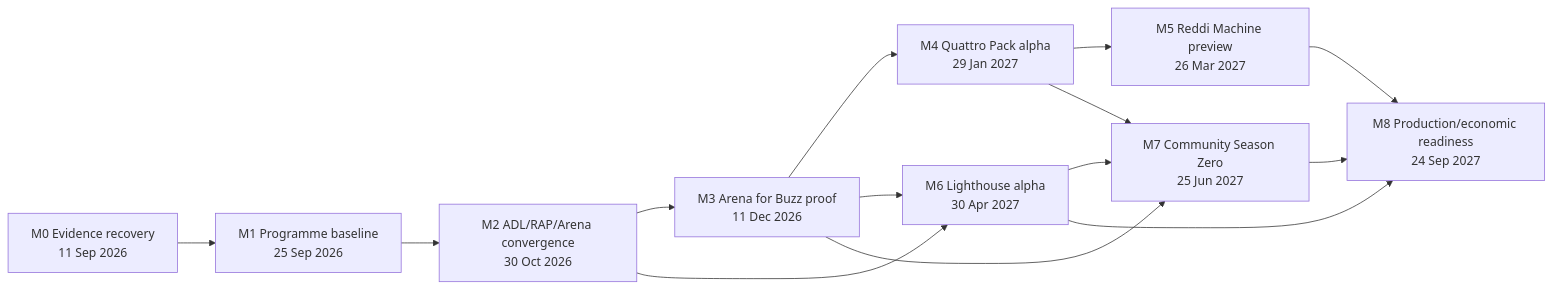
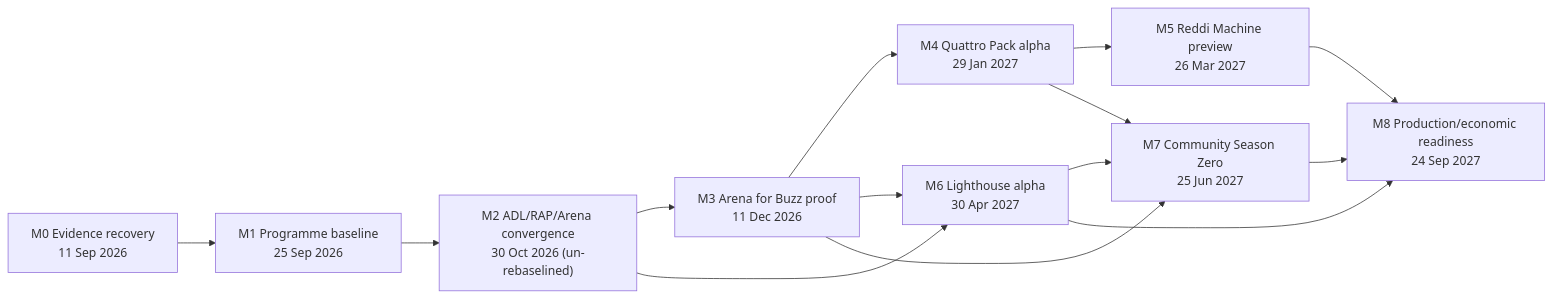
Before and after one commit to nissan/reddi-ecosystem: the diagram in docs/ROADMAP.md, drawn with Mermaid. The commit also changed 7 other files, not shown here.

````diff
--- a/docs/ROADMAP.md
+++ b/docs/ROADMAP.md
@@ -9,16 +9,16 @@
 ```mermaid
 flowchart LR
   M0["M0 Evidence recovery\n11 Sep 2026"] --> M1["M1 Programme baseline\n25 Sep 2026"]
-  M1 --> M2["M2 ADL/RAP/Arena convergence\n30 Oct 2026"]
+  M1 --> M2["M2 ADL/RAP/Arena convergence\n30 Oct 2026 (un-rebaselined)"]
   M2 --> M3["M3 Arena for Buzz proof\n11 Dec 2026"]
   M3 --> M4["M4 Quattro Pack alpha\n29 Jan 2027"]
   M4 --> M5["M5 Reddi Machine preview\n26 Mar 2027"]
   M2 --> M6["M6 Lighthouse alpha\n30 Apr 2027"]
   M3 --> M6
   M3 --> M7["M7 Community Season Zero\n25 Jun 2027"]
   M4 --> M7
   M6 --> M7
   M5 --> M8["M8 Production/economic readiness\n24 Sep 2027"]
   M6 --> M8
   M7 --> M8
 ```
````
